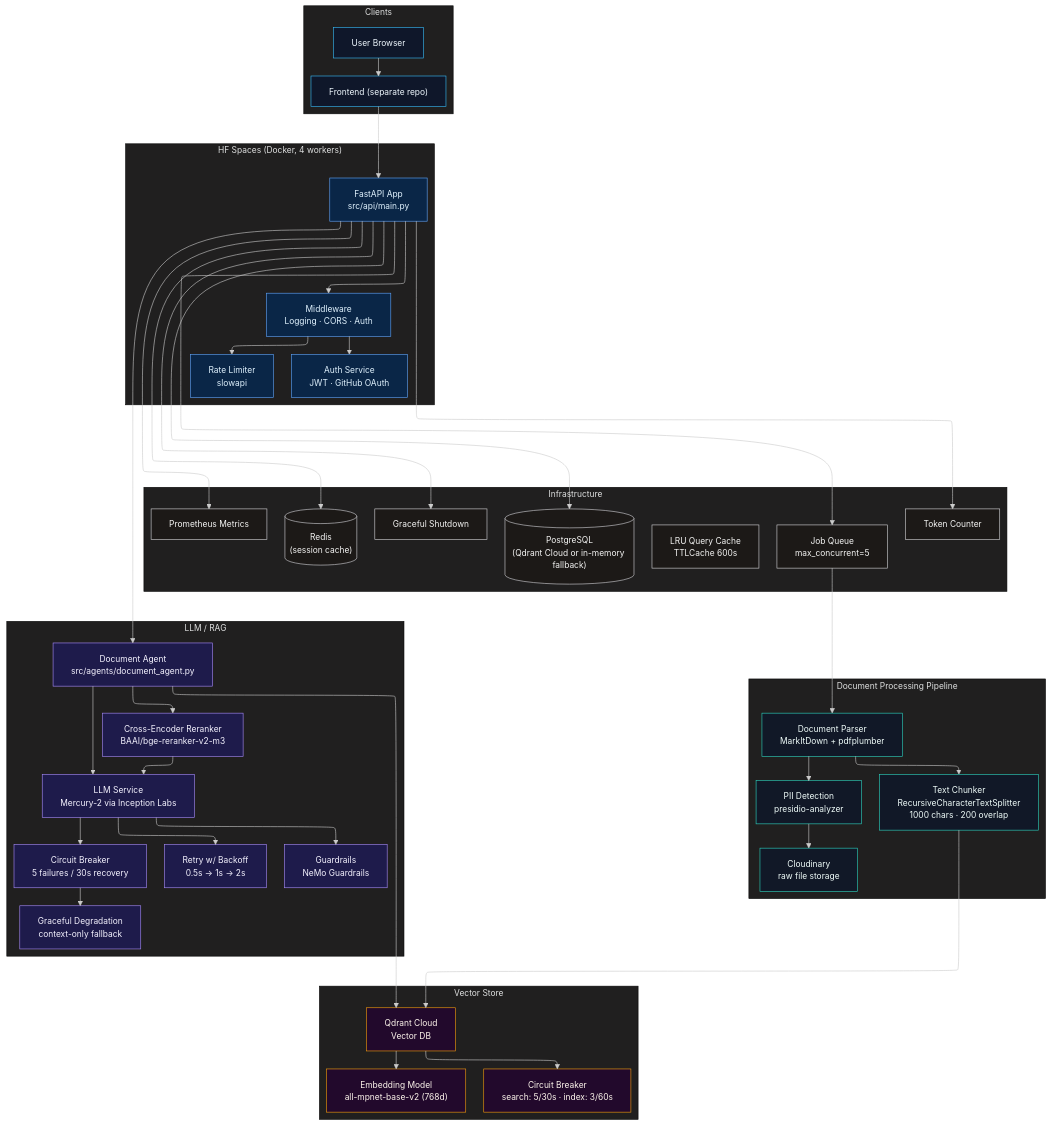
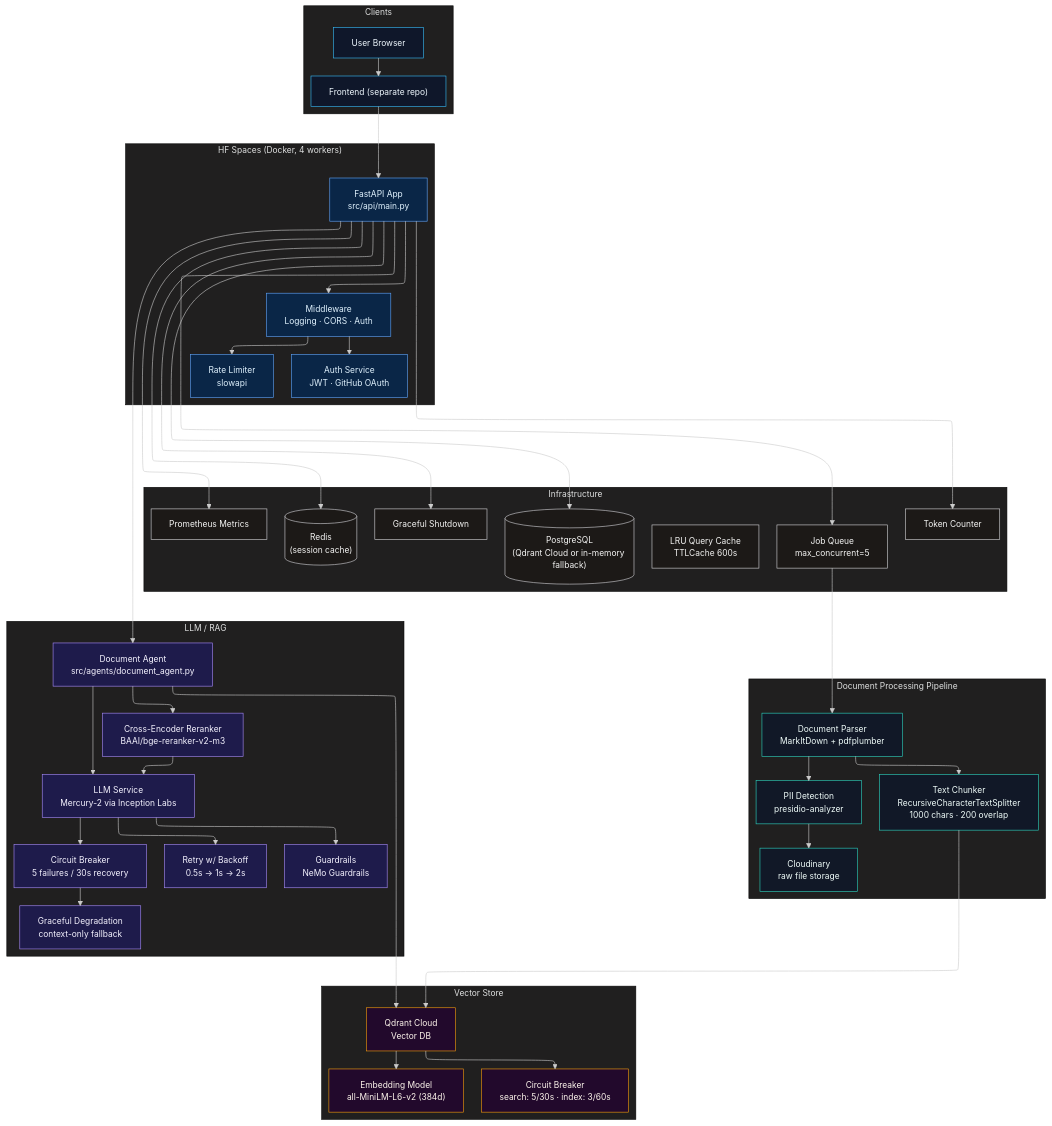
Before and after one commit to AKXLR8/vector-auditor: the diagram in README.md, drawn with Mermaid. The commit also changed other lines of this file, not shown here.

Commit message:
docs: add shields.io tech stack badges, update model refs to all-MiniLM-L6-v2

```diff
--- a/README.md
+++ b/README.md
@@ -72,7 +88,7 @@
 
   subgraph "Vector Store"
     Qdrant["Qdrant Cloud<br/>Vector DB"]
-    Embedder["Embedding Model<br/>all-mpnet-base-v2 (768d)"]
+    Embedder["Embedding Model<br/>all-MiniLM-L6-v2 (384d)"]
     CB_Q["Circuit Breaker<br/>search: 5/30s · index: 3/60s"]
   end
 
```
